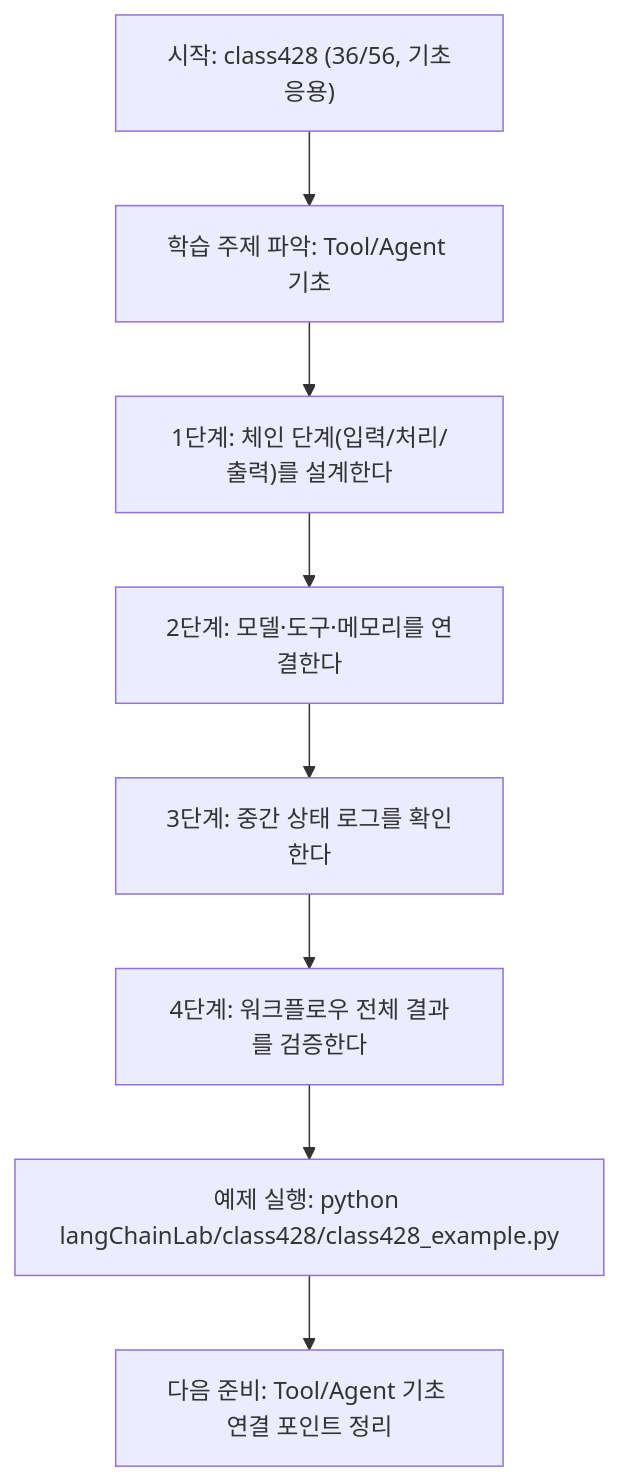
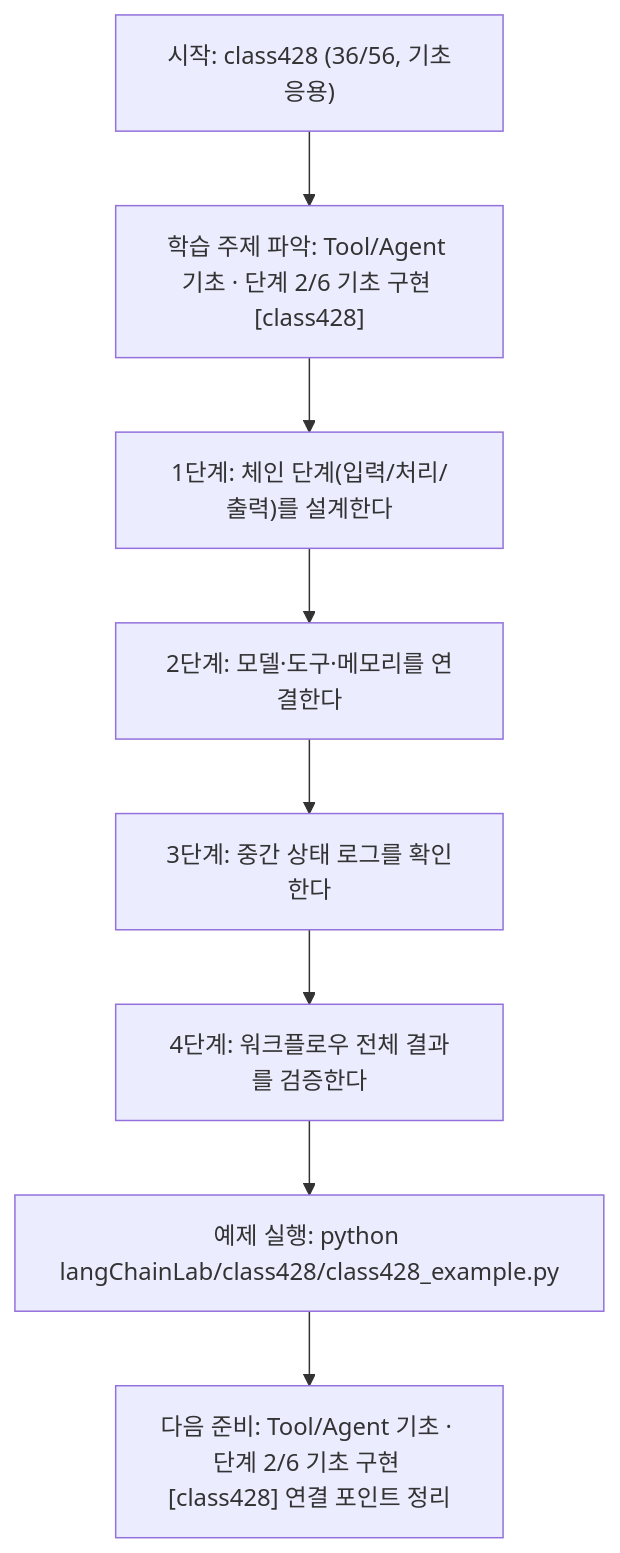
The diagram in langChainLab/class428/class428.md (edumgt/Python-AI_Agent-Class), drawn with Mermaid before and after one commit. The commit also changed other lines of this file and 522 other files, not shown here.

````diff
--- a/langChainLab/class428/class428.md
+++ b/langChainLab/class428/class428.md
@@ -109,18 +110,18 @@
 ```mermaid
 flowchart TD
 N1["시작: class428 (36/56, 기초응용)"]
-N2["학습 주제 파악: Tool/Agent 기초"]
+N2["학습 주제 파악: Tool/Agent 기초 · 단계 2/6 기초 구현 [class428]"]
 N3["1단계: 체인 단계(입력/처리/출력)를 설계한다"]
 N4["2단계: 모델·도구·메모리를 연결한다"]
 N5["3단계: 중간 상태 로그를 확인한다"]
 N6["4단계: 워크플로우 전체 결과를 검증한다"]
 N7["예제 실행: python langChainLab/class428/class428_example.py"]
-N8["다음 준비: Tool/Agent 기초 연결 포인트 정리"]
+N8["다음 준비: Tool/Agent 기초 · 단계 2/6 기초 구현 [class428] 연결 포인트 정리"]
 N1 --> N2
 N2 --> N3
 N3 --> N4
 N4 --> N5
 N5 --> N6
 N6 --> N7
 N7 --> N8
 ```
````
